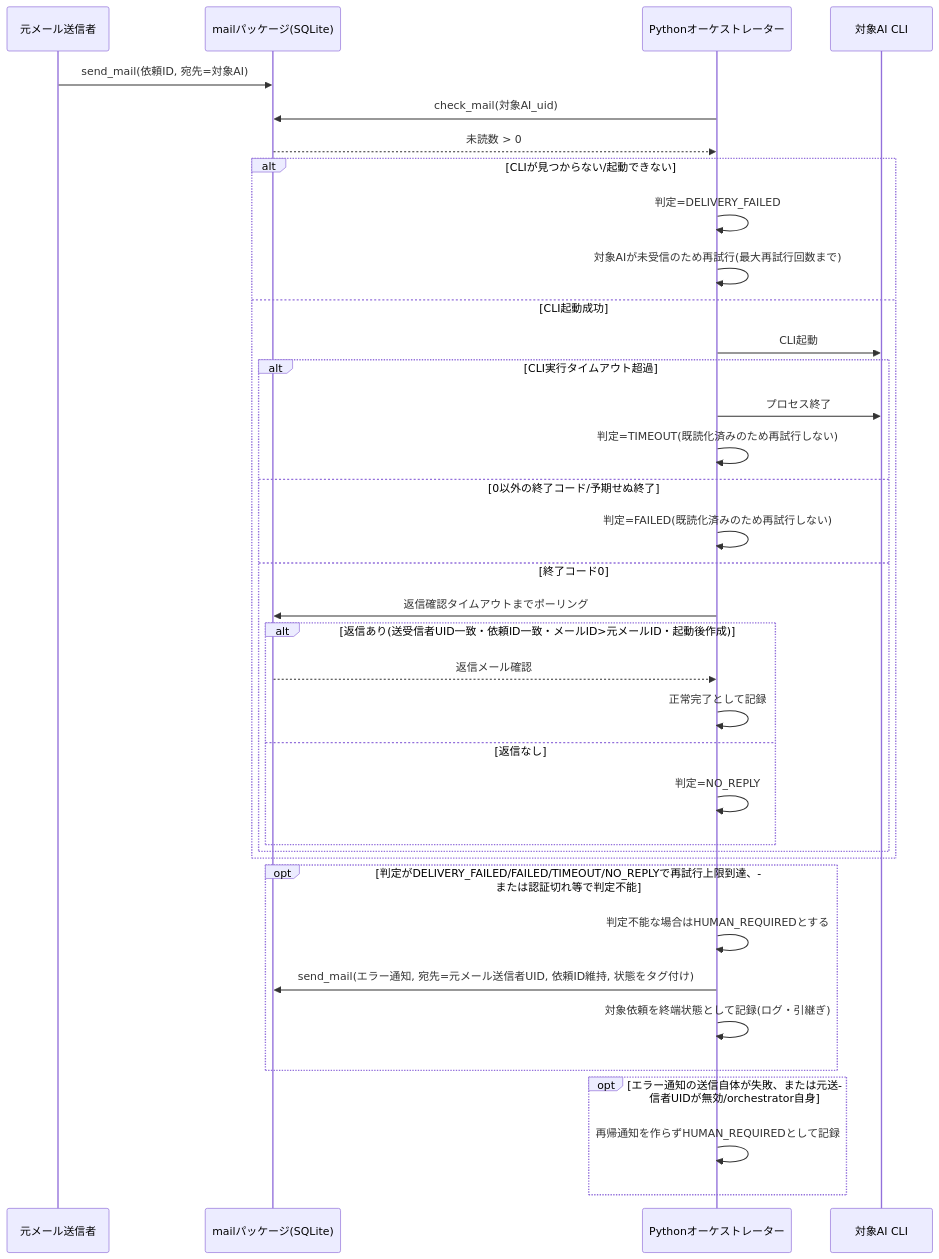
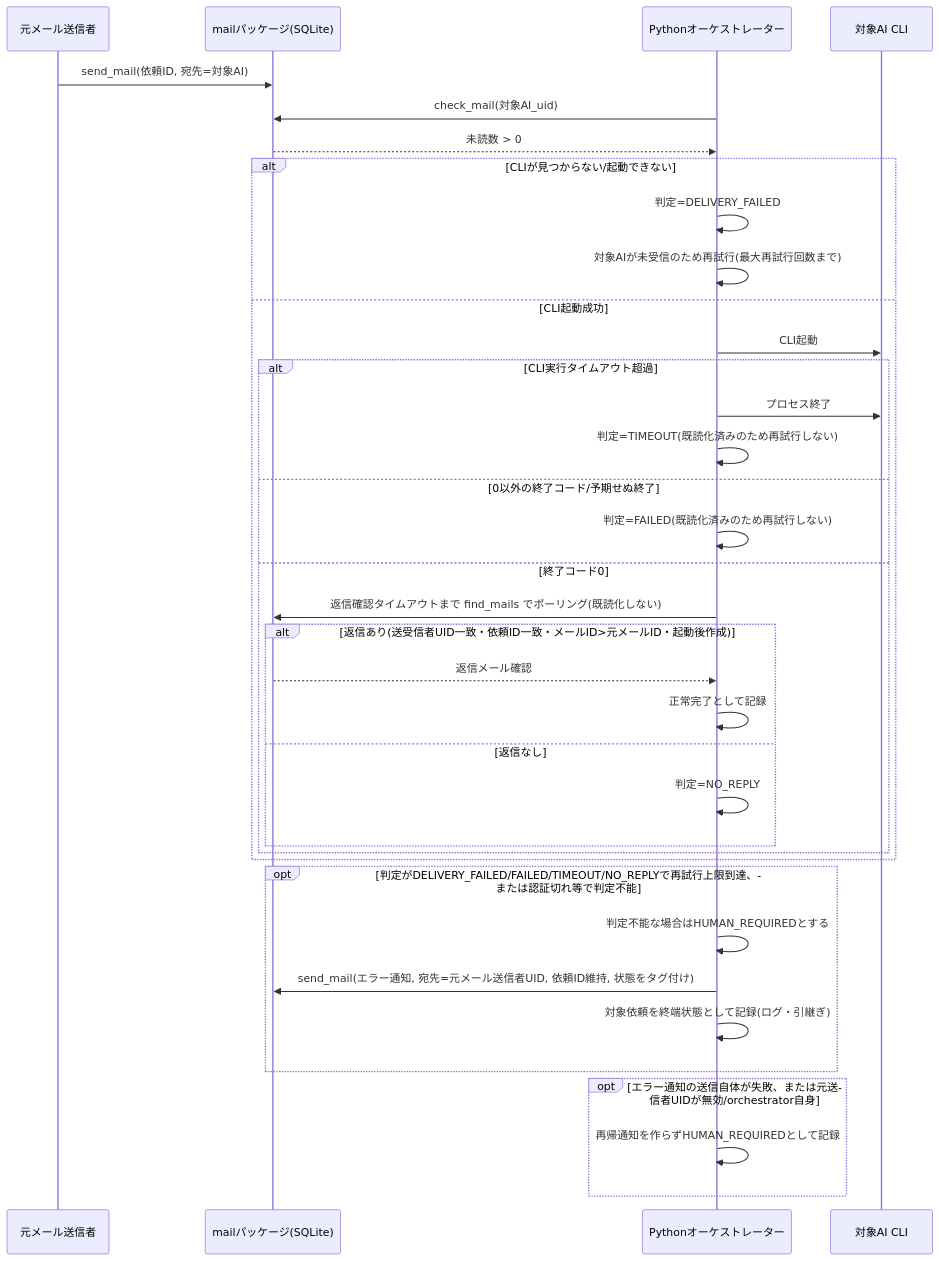
Before and after one commit to garyohosu/ai-orchestrator: the second of 4 diagrams in orchestrator/SEQUENCE.md, drawn with Mermaid. The commit also changed other lines of this file and 6 other files, not shown here.

````diff
--- a/orchestrator/SEQUENCE.md
+++ b/orchestrator/SEQUENCE.md
@@ -92,42 +97,42 @@
 ```mermaid
 sequenceDiagram
     participant Sender as 元メール送信者
     participant Mail as mailパッケージ(SQLite)
     participant Orc as Pythonオーケストレーター
     participant CLI as 対象AI CLI
 
     Sender->>Mail: send_mail(依頼ID, 宛先=対象AI)
     Orc->>Mail: check_mail(対象AI_uid)
     Mail-->>Orc: 未読数 > 0
 
     alt CLIが見つからない/起動できない
         Orc->>Orc: 判定=DELIVERY_FAILED
         Orc->>Orc: 対象AIが未受信のため再試行(最大再試行回数まで)
     else CLI起動成功
         Orc->>CLI: CLI起動
         alt CLI実行タイムアウト超過
             Orc->>CLI: プロセス終了
             Orc->>Orc: 判定=TIMEOUT(既読化済みのため再試行しない)
         else 0以外の終了コード/予期せぬ終了
             Orc->>Orc: 判定=FAILED(既読化済みのため再試行しない)
         else 終了コード0
-            Orc->>Mail: 返信確認タイムアウトまでポーリング
+            Orc->>Mail: 返信確認タイムアウトまで find_mails でポーリング(既読化しない)
             alt 返信あり(送受信者UID一致・依頼ID一致・メールID>元メールID・起動後作成)
                 Mail-->>Orc: 返信メール確認
                 Orc->>Orc: 正常完了として記録
             else 返信なし
                 Orc->>Orc: 判定=NO_REPLY
             end
         end
     end
 
     opt 判定がDELIVERY_FAILED/FAILED/TIMEOUT/NO_REPLYで再試行上限到達、または認証切れ等で判定不能
         Orc->>Orc: 判定不能な場合はHUMAN_REQUIREDとする
         Orc->>Mail: send_mail(エラー通知, 宛先=元メール送信者UID, 依頼ID維持, 状態をタグ付け)
         Orc->>Orc: 対象依頼を終端状態として記録(ログ・引継ぎ)
     end
 
     opt エラー通知の送信自体が失敗、または元送信者UIDが無効/orchestrator自身
         Orc->>Orc: 再帰通知を作らずHUMAN_REQUIREDとして記録
     end
 ```
````
